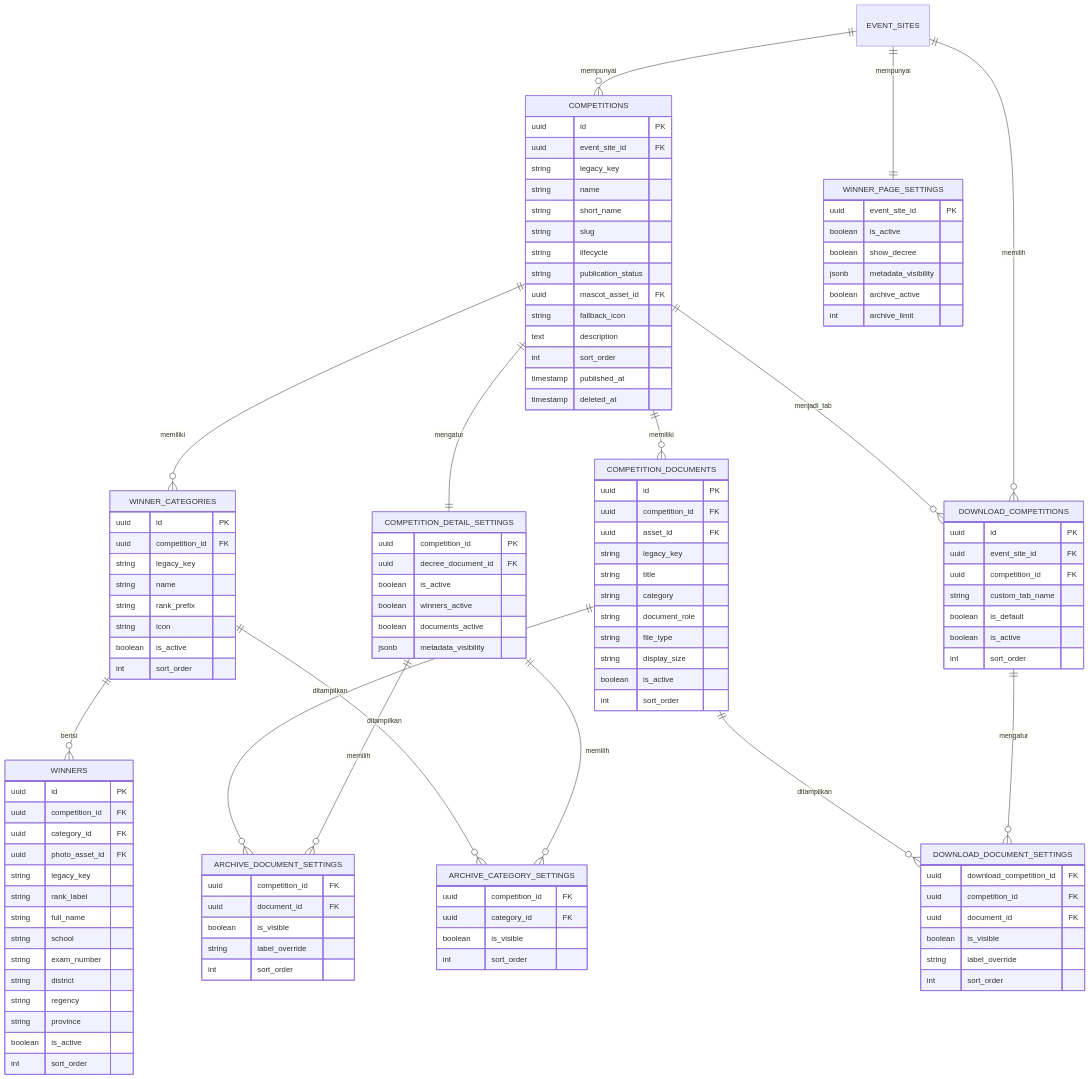
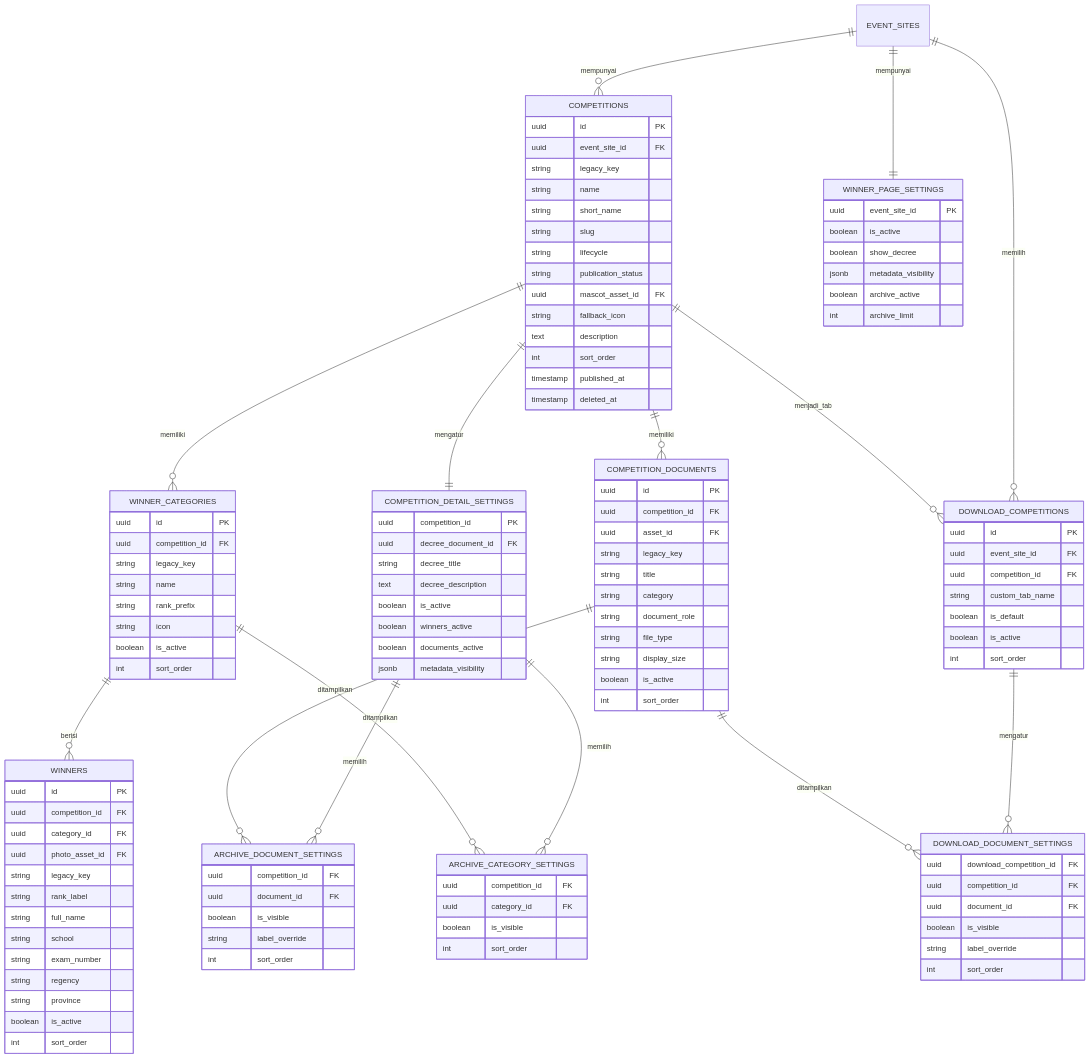
The third of 6 diagrams in docs/DATABASE_DESIGN.md (adii83/Talenta-Prestasi), drawn with Mermaid before and after one commit. The commit also changed other lines of this file and 49 other files, not shown here.

```diff
--- a/docs/DATABASE_DESIGN.md
+++ b/docs/DATABASE_DESIGN.md
@@ -287,7 +287,6 @@
         string full_name
         string school
         string exam_number
-        string district
         string regency
         string province
         boolean is_active
@@ -296,6 +295,8 @@
     COMPETITION_DETAIL_SETTINGS {
         uuid competition_id PK
         uuid decree_document_id FK
+        string decree_title
+        text decree_description
         boolean is_active
         boolean winners_active
         boolean documents_active
```
